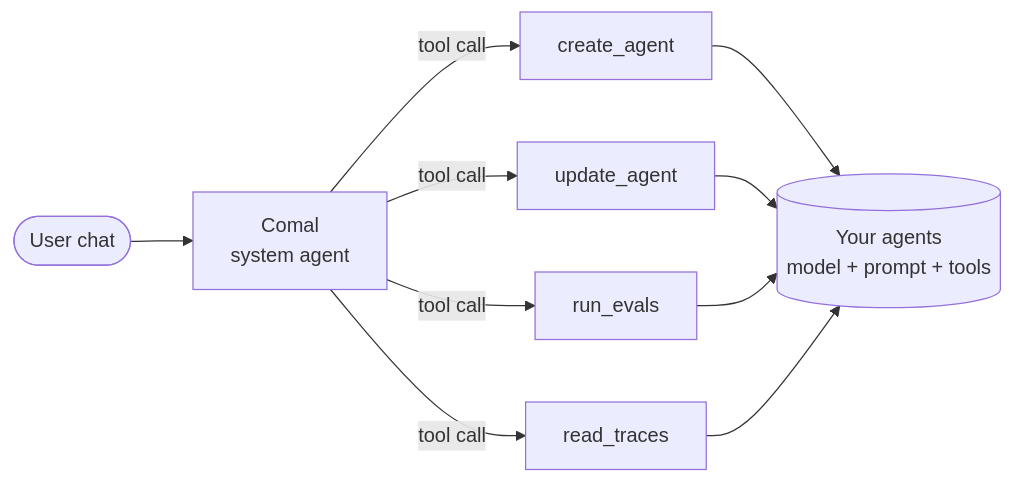
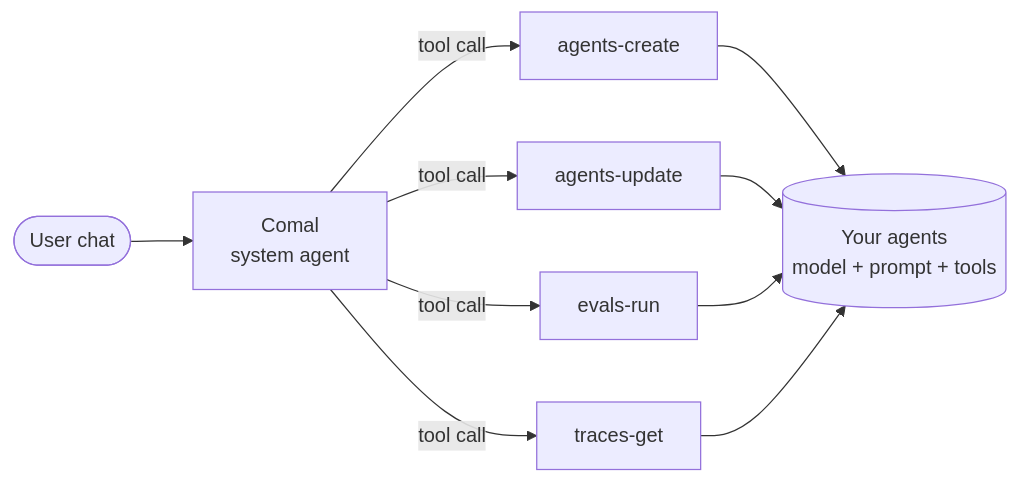
Before and after one commit to jimmy-guzman/jimmy.codes: the fourth of 4 diagrams in src/content/posts/how-i-built-an-ai-agent-playground.mdx, drawn with Mermaid. The commit also changed other lines of this file, not shown here.

Commit message:
fix: 🐛 mention comal.dev is paused for now (#830)

````diff
--- a/src/content/posts/how-i-built-an-ai-agent-playground.mdx
+++ b/src/content/posts/how-i-built-an-ai-agent-playground.mdx
@@ -220,12 +213,12 @@
 ```mermaid
 flowchart LR
   User([User chat]) --> Comal["Comal<br/>system agent"]
-  Comal -->|tool call| Create["create_agent"]
-  Comal -->|tool call| Update["update_agent"]
-  Comal -->|tool call| Eval["run_evals"]
-  Comal -->|tool call| Trace["read_traces"]
+  Comal -->|tool call| Create["agents-create"]
+  Comal -->|tool call| Update["agents-update"]
+  Comal -->|tool call| Eval["evals-run"]
+  Comal -->|tool call| Trace["traces-get"]
   Create --> Agents[("Your agents<br/>model + prompt + tools")]
   Update --> Agents
   Eval --> Agents
   Trace --> Agents
 ```
````
